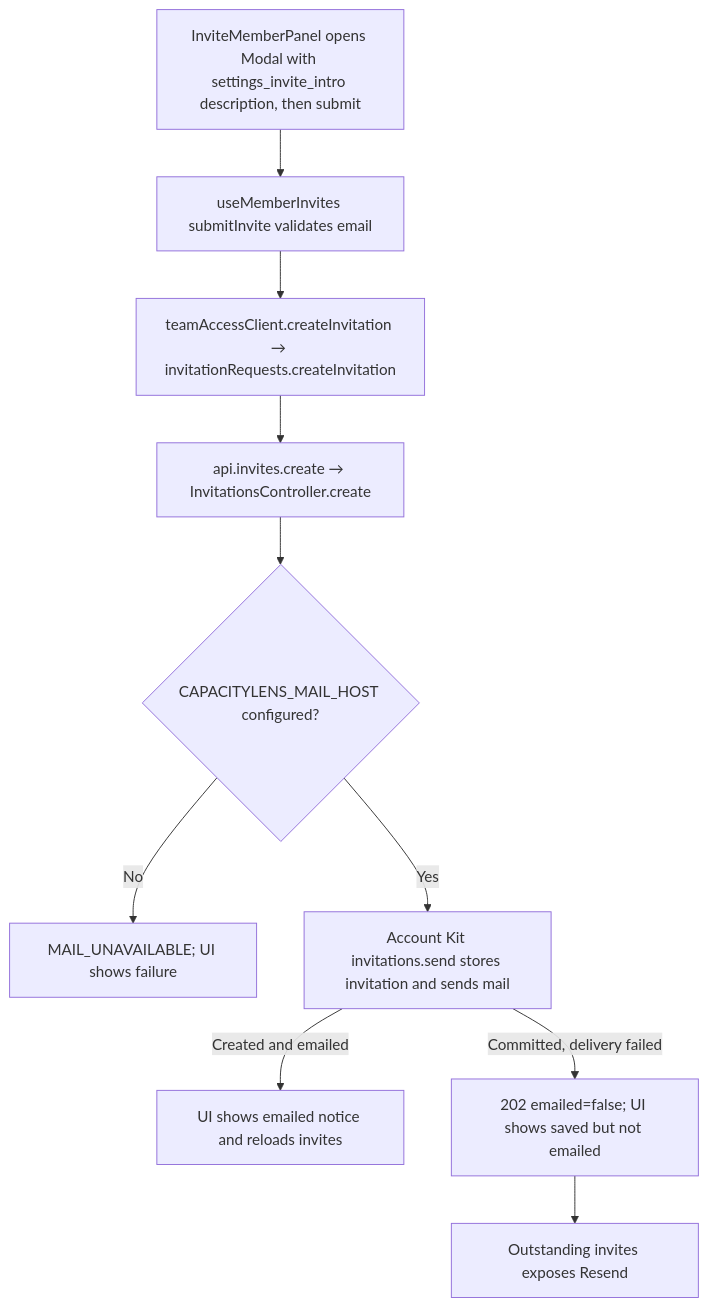
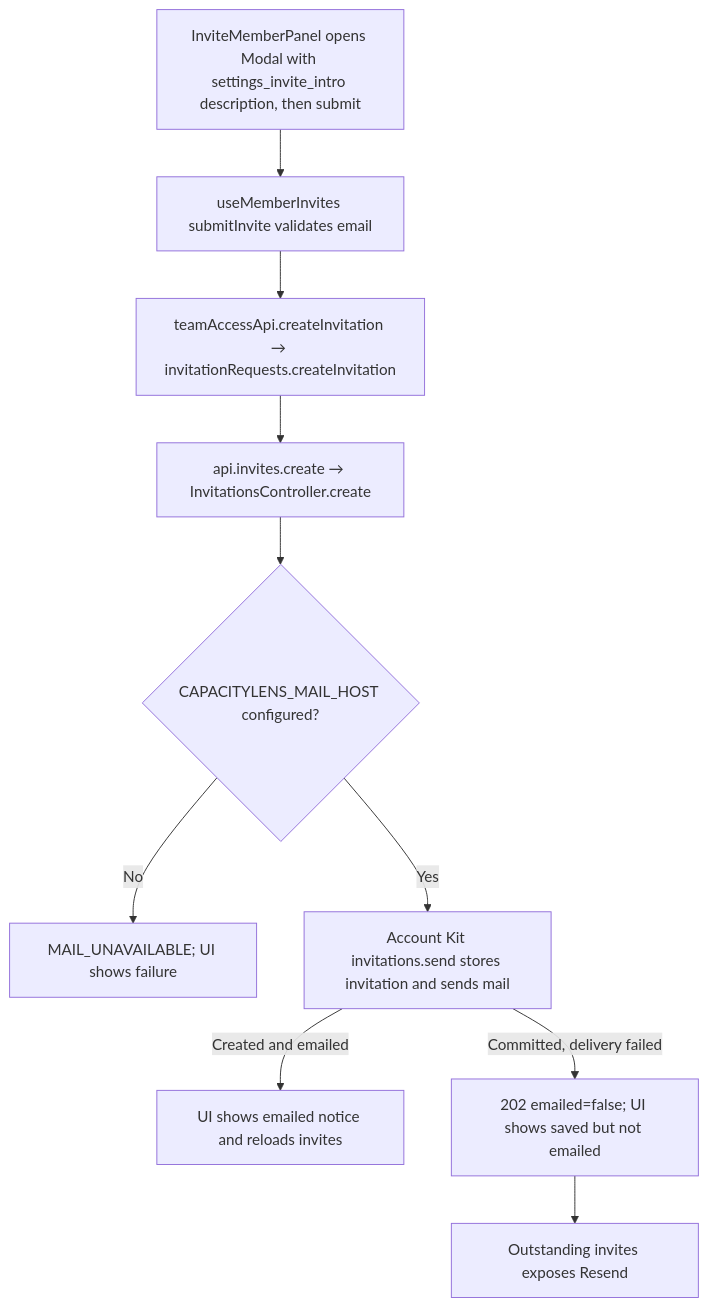
The second of 2 diagrams in user-stories/team/US-TEAM-02-invite-member.md (Kevinjohn/capacitylens), drawn with Mermaid before and after one commit. The commit also changed other lines of this file and 79 other files, not shown here.

First line of the commit message:
Client to Api: rename the typed HTTP modules

````diff
--- a/user-stories/team/US-TEAM-02-invite-member.md
+++ b/user-stories/team/US-TEAM-02-invite-member.md
@@ -38,12 +38,12 @@
 ```mermaid
 flowchart TD
     Panel["InviteMemberPanel opens Modal with settings_invite_intro description, then submit"] --> Hook["useMemberInvites submitInvite validates email"]
-    Hook --> Client["teamAccessClient.createInvitation → invitationRequests.createInvitation"]
+    Hook --> Client["teamAccessApi.createInvitation → invitationRequests.createInvitation"]
     Client --> Route["api.invites.create → InvitationsController.create"]
     Route --> MailConfig{"CAPACITYLENS_MAIL_HOST configured?"}
     MailConfig -- "No" --> Refused["MAIL_UNAVAILABLE; UI shows failure"]
     MailConfig -- "Yes" --> Kit["Account Kit invitations.send stores invitation and sends mail"]
     Kit -->|"Created and emailed"| Saved["UI shows emailed notice and reloads invites"]
     Kit -->|"Committed, delivery failed"| Stored["202 emailed=false; UI shows saved but not emailed"]
     Stored --> Resend["Outstanding invites exposes Resend"]
 ```
````
